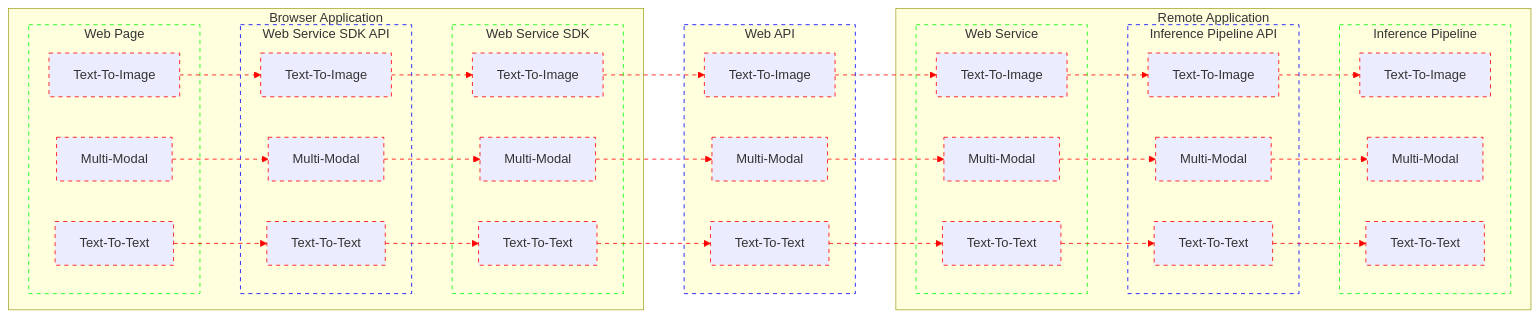
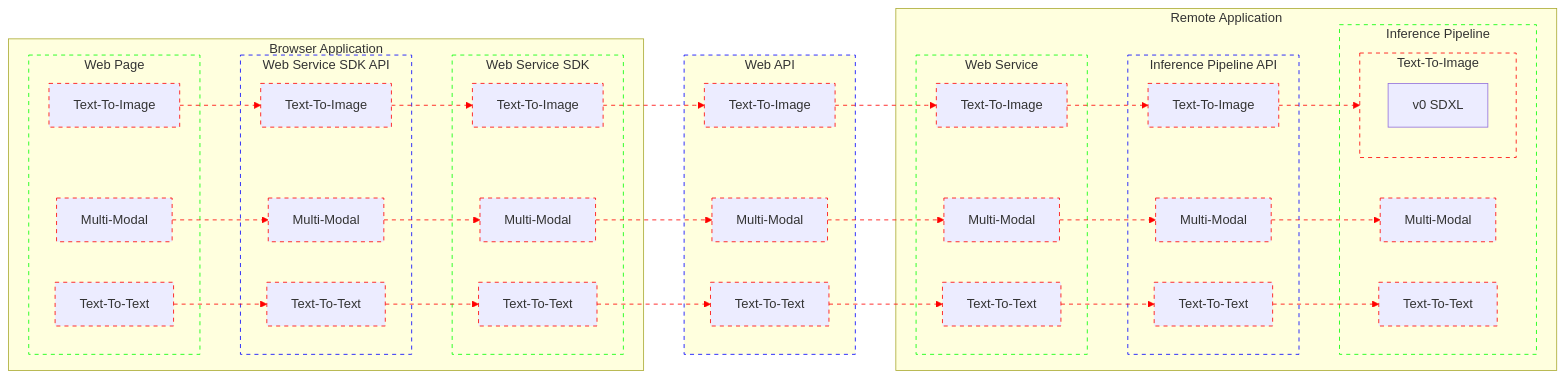
The diagram in docs/webAPI/architecture.mmd (bjacobgordon/shark-ui), drawn with Mermaid before and after one commit.

Commit message:
step(SDXL): adds inference pipeline

```diff
--- a/docs/webAPI/architecture.mmd
+++ b/docs/webAPI/architecture.mmd
@@ -1,158 +1,160 @@
 flowchart LR
   classDef Contract          stroke: #00F, stroke-dasharray: 5
   classDef ApplicationModule stroke: #0F0, stroke-dasharray: 5
   classDef InferenceModality stroke: #F00, stroke-dasharray: 5
 
   subgraph BrowserApplication[Browser Application]
     subgraph BrowserApplication_WebPage[Web Page]
       BrowserApplication_WebPage_TextToImage[Text-To-Image]
       class BrowserApplication_WebPage_TextToImage InferenceModality
 
       BrowserApplication_WebPage_MultiModal[Multi-Modal]
       class BrowserApplication_WebPage_MultiModal InferenceModality
 
       BrowserApplication_WebPage_TextToText[Text-To-Text]
       class BrowserApplication_WebPage_TextToText InferenceModality
     end
     class BrowserApplication_WebPage ApplicationModule
 
 
     BrowserApplication_WebPage_TextToImage BrowserApplication_WebPage__TextToImage__BrowserApplication_WebServiceSDK_API@--> BrowserApplication_WebServiceSDK_API_TextToImage
     class BrowserApplication_WebPage__TextToImage__BrowserApplication_WebServiceSDK_API InferenceModality
 
     BrowserApplication_WebPage_MultiModal BrowserApplication_WebPage__MultiModal__BrowserApplication_WebServiceSDK_API@--> BrowserApplication_WebServiceSDK_API_MultiModal
     class BrowserApplication_WebPage__MultiModal__BrowserApplication_WebServiceSDK_API InferenceModality
 
     BrowserApplication_WebPage_TextToText BrowserApplication_WebPage__TextToText__BrowserApplication_WebServiceSDK_API@--> BrowserApplication_WebServiceSDK_API_TextToText
     class BrowserApplication_WebPage__TextToText__BrowserApplication_WebServiceSDK_API InferenceModality
 
 
     subgraph BrowserApplication_WebServiceSDK_API[Web Service SDK API]
       BrowserApplication_WebServiceSDK_API_TextToImage[Text-To-Image]
       class BrowserApplication_WebServiceSDK_API_TextToImage InferenceModality
 
       BrowserApplication_WebServiceSDK_API_MultiModal[Multi-Modal]
       class BrowserApplication_WebServiceSDK_API_MultiModal InferenceModality
 
       BrowserApplication_WebServiceSDK_API_TextToText[Text-To-Text]
       class BrowserApplication_WebServiceSDK_API_TextToText InferenceModality
     end
     class BrowserApplication_WebServiceSDK_API Contract
 
 
     BrowserApplication_WebServiceSDK_API_TextToImage BrowserApplication_WebServiceSDK_API__TextToImage__BrowserApplication_WebServiceSDK@--> BrowserApplication_WebServiceSDK_TextToImage
     class BrowserApplication_WebServiceSDK_API__TextToImage__BrowserApplication_WebServiceSDK InferenceModality
 
     BrowserApplication_WebServiceSDK_API_MultiModal BrowserApplication_WebServiceSDK_API__MultiModal__BrowserApplication_WebServiceSDK@--> BrowserApplication_WebServiceSDK_MultiModal
     class BrowserApplication_WebServiceSDK_API__MultiModal__BrowserApplication_WebServiceSDK InferenceModality
 
     BrowserApplication_WebServiceSDK_API_TextToText BrowserApplication_WebServiceSDK_API__TextToText__BrowserApplication_WebServiceSDK@--> BrowserApplication_WebServiceSDK_TextToText
     class BrowserApplication_WebServiceSDK_API__TextToText__BrowserApplication_WebServiceSDK InferenceModality
 
 
     subgraph BrowserApplication_WebServiceSDK[Web Service SDK]
       BrowserApplication_WebServiceSDK_TextToImage[Text-To-Image]
       class BrowserApplication_WebServiceSDK_TextToImage InferenceModality
 
       BrowserApplication_WebServiceSDK_MultiModal[Multi-Modal]
       class BrowserApplication_WebServiceSDK_MultiModal InferenceModality
 
       BrowserApplication_WebServiceSDK_TextToText[Text-To-Text]
       class BrowserApplication_WebServiceSDK_TextToText InferenceModality
     end
     class BrowserApplication_WebServiceSDK ApplicationModule
   end
 
 
   BrowserApplication_WebServiceSDK_TextToImage BrowserApplication_WebServiceSDK__TextToImage__WebAPI@--> WebAPI_TextToImage
   class BrowserApplication_WebServiceSDK__TextToImage__WebAPI InferenceModality
 
   BrowserApplication_WebServiceSDK_MultiModal BrowserApplication_WebServiceSDK__MultiModal__WebAPI@--> WebAPI_MultiModal
   class BrowserApplication_WebServiceSDK__MultiModal__WebAPI InferenceModality
 
   BrowserApplication_WebServiceSDK_TextToText BrowserApplication_WebServiceSDK__TextToText__WebAPI@--> WebAPI_TextToText
   class BrowserApplication_WebServiceSDK__TextToText__WebAPI InferenceModality
 
 
   subgraph WebAPI[Web API]
     WebAPI_TextToImage[Text-To-Image]
     class WebAPI_TextToImage InferenceModality
 
     WebAPI_MultiModal[Multi-Modal]
     class WebAPI_MultiModal InferenceModality
 
     WebAPI_TextToText[Text-To-Text]
     class WebAPI_TextToText InferenceModality
   end
   class WebAPI Contract
 
 
   WebAPI_TextToImage WebAPI__TextToImage__RemoteApplication_WebService@--> RemoteApplication_WebService_TextToImage
   class WebAPI__TextToImage__RemoteApplication_WebService InferenceModality
 
   WebAPI_MultiModal WebAPI__MultiModal__RemoteApplication_WebService@--> RemoteApplication_WebService_MultiModal
   class WebAPI__MultiModal__RemoteApplication_WebService InferenceModality
 
   WebAPI_TextToText WebAPI__TextToText__RemoteApplication_WebService@--> RemoteApplication_WebService_TextToText
   class WebAPI__TextToText__RemoteApplication_WebService InferenceModality
 
 
   subgraph RemoteApplication[Remote Application]
     subgraph RemoteApplication_WebService[Web Service]
       RemoteApplication_WebService_TextToImage[Text-To-Image]
       class RemoteApplication_WebService_TextToImage InferenceModality
 
       RemoteApplication_WebService_MultiModal[Multi-Modal]
       class RemoteApplication_WebService_MultiModal InferenceModality
 
       RemoteApplication_WebService_TextToText[Text-To-Text]
       class RemoteApplication_WebService_TextToText InferenceModality
     end
     class RemoteApplication_WebService ApplicationModule
 
 
     RemoteApplication_WebService_TextToImage RemoteApplication_WebService__TextToImage__RemoteApplication_InferencePipeline_API@--> RemoteApplication_InferencePipeline_API_TextToImage
     class RemoteApplication_WebService__TextToImage__RemoteApplication_InferencePipeline_API InferenceModality
 
     RemoteApplication_WebService_MultiModal RemoteApplication_WebService__MultiModal__RemoteApplication_InferencePipeline_API@--> RemoteApplication_InferencePipeline_API_MultiModal
     class RemoteApplication_WebService__MultiModal__RemoteApplication_InferencePipeline_API InferenceModality
 
     RemoteApplication_WebService_TextToText RemoteApplication_WebService__TextToText__RemoteApplication_InferencePipeline_API@--> RemoteApplication_InferencePipeline_API_TextToText
     class RemoteApplication_WebService__TextToText__RemoteApplication_InferencePipeline_API InferenceModality
 
 
     subgraph RemoteApplication_InferencePipeline_API[Inference Pipeline API]
       RemoteApplication_InferencePipeline_API_TextToImage[Text-To-Image]
       class RemoteApplication_InferencePipeline_API_TextToImage InferenceModality
 
       RemoteApplication_InferencePipeline_API_MultiModal[Multi-Modal]
       class RemoteApplication_InferencePipeline_API_MultiModal InferenceModality
 
       RemoteApplication_InferencePipeline_API_TextToText[Text-To-Text]
       class RemoteApplication_InferencePipeline_API_TextToText InferenceModality
     end
     class RemoteApplication_InferencePipeline_API Contract
 
 
     RemoteApplication_InferencePipeline_API_TextToImage RemoteApplication_InferencePipeline_API__TextToImage__RemoteApplication_InferencePipeline@--> RemoteApplication_InferencePipeline_TextToImage
     class RemoteApplication_InferencePipeline_API__TextToImage__RemoteApplication_InferencePipeline InferenceModality
 
     RemoteApplication_InferencePipeline_API_MultiModal RemoteApplication_InferencePipeline_API__MultiModal__RemoteApplication_InferencePipeline@--> RemoteApplication_InferencePipeline_MultiModal
     class RemoteApplication_InferencePipeline_API__MultiModal__RemoteApplication_InferencePipeline InferenceModality
 
     RemoteApplication_InferencePipeline_API_TextToText RemoteApplication_InferencePipeline_API__TextToText__RemoteApplication_InferencePipeline@--> RemoteApplication_InferencePipeline_TextToText
     class RemoteApplication_InferencePipeline_API__TextToText__RemoteApplication_InferencePipeline InferenceModality
 
 
     subgraph RemoteApplication_InferencePipeline[Inference Pipeline]
-      RemoteApplication_InferencePipeline_TextToImage[Text-To-Image]
+      subgraph RemoteApplication_InferencePipeline_TextToImage[Text-To-Image]
+        RemoteApplication_InferencePipeline_TextToImage_SDXL[v0 SDXL]
+      end
       class RemoteApplication_InferencePipeline_TextToImage InferenceModality
 
       RemoteApplication_InferencePipeline_MultiModal[Multi-Modal]
       class RemoteApplication_InferencePipeline_MultiModal InferenceModality
 
       RemoteApplication_InferencePipeline_TextToText[Text-To-Text]
       class RemoteApplication_InferencePipeline_TextToText InferenceModality
     end
     class RemoteApplication_InferencePipeline ApplicationModule
   end
```
